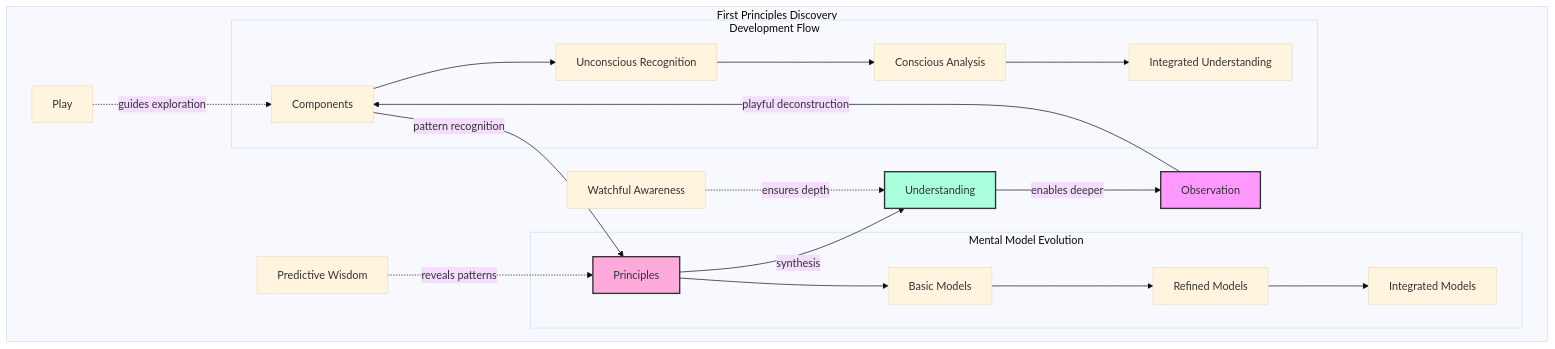
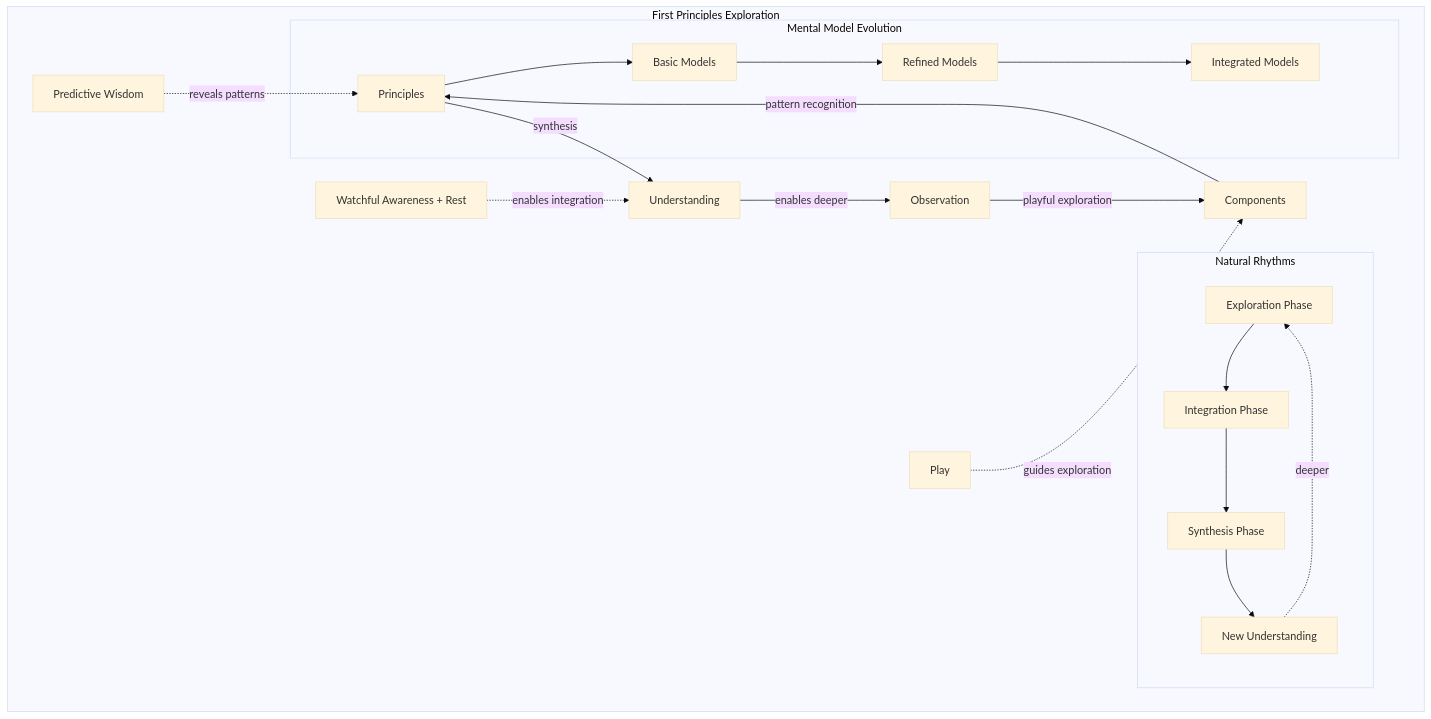
One commit to phillipclapham/neuroweaver changed diagram 15 of 53 in README.md. Above: the diagram before and after it, drawn with Mermaid (base theme). The commit also changed other lines of this file, not shown here.

````diff
--- a/README.md
+++ b/README.md
@@ -911,29 +981,26 @@
 ```mermaid
 graph TD
-    subgraph "First Principles Discovery"
-        O[Observation] -->|playful deconstruction| C[Components]
+    subgraph "First Principles Exploration"
+        O[Observation] -->|playful exploration| C[Components]
         C -->|pattern recognition| P[Principles]
         P -->|synthesis| U[Understanding]
         U -->|enables deeper| O
 
         PL[Play] -.->|guides exploration| C
         PW[Predictive Wisdom] -.->|reveals patterns| P
-        WA[Watchful Awareness] -.->|ensures depth| U
+        WA_R[Watchful Awareness + Rest] -.->|enables integration| U
+
+        subgraph "Natural Rhythms"
+            E[Exploration Phase] --> I[Integration Phase]
+            I --> S[Synthesis Phase]
+            S --> N[New Understanding]
+            N -.->|deeper| E
+        end
 
         subgraph "Mental Model Evolution"
             P --> BM[Basic Models]
             BM --> RM[Refined Models]
             RM --> IM[Integrated Models]
         end
-
-        subgraph "Development Flow"
-            C --> UN[Unconscious Recognition]
-            UN --> CO[Conscious Analysis]
-            CO --> IN[Integrated Understanding]
-        end
     end
-
-    style O fill:#f9f,stroke:#333,stroke-width:2px
-    style P fill:#fad,stroke:#333,stroke-width:2px
-    style U fill:#afd,stroke:#333,stroke-width:2px
 ```
````
